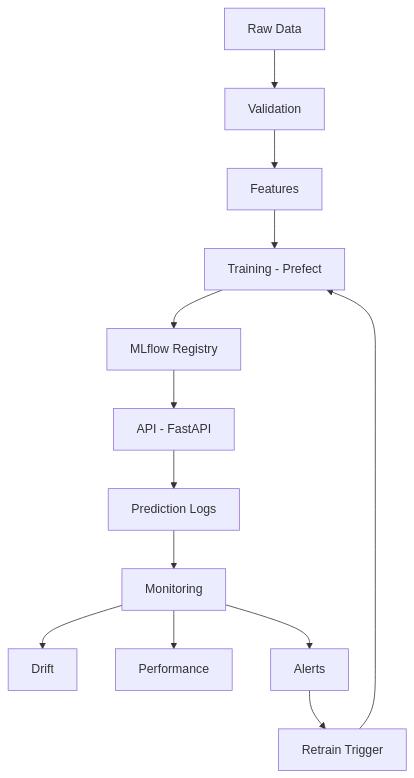
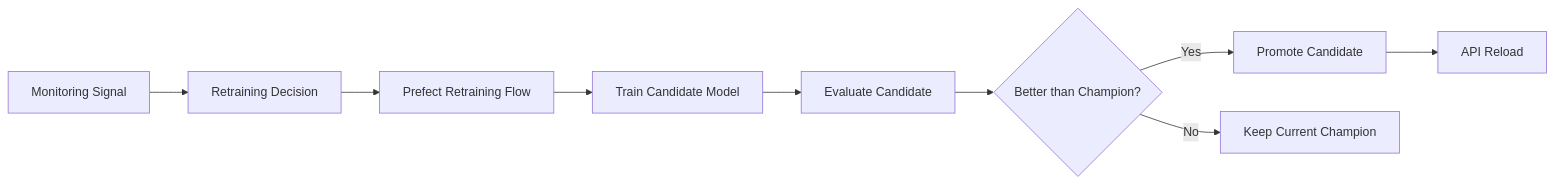
Before and after one commit to SL14-SL/mlops-sales-forecasting: the second of 2 diagrams in README.md, drawn with Mermaid. The commit also changed other lines of this file and 1 other file, not shown here.

Commit message:
docs: improve forecasting README and add API screenshot

````diff
--- a/README.md
+++ b/README.md
@@ -130,18 +218,11 @@
 ```mermaid
-flowchart TB
-    A[Raw Data] --> B[Validation]
-    B --> C[Features]
-    C --> D[Training - Prefect]
-    D --> E[MLflow Registry]
-    E --> F[API - FastAPI]
-
-    F --> G[Prediction Logs]
-    G --> H[Monitoring]
-
-    H --> I[Drift]
-    H --> J[Performance]
-    H --> K[Alerts]
-
-    K --> L[Retrain Trigger]
-    L --> D
+flowchart LR
+A[Monitoring Signal] --> B[Retraining Decision]
+B --> C[Prefect Retraining Flow]
+C --> D[Train Candidate Model]
+D --> E[Evaluate Candidate]
+E --> F{Better than Champion?}
+F -->|Yes| G[Promote Candidate]
+F -->|No| H[Keep Current Champion]
+G --> I[API Reload]
 ```
````
